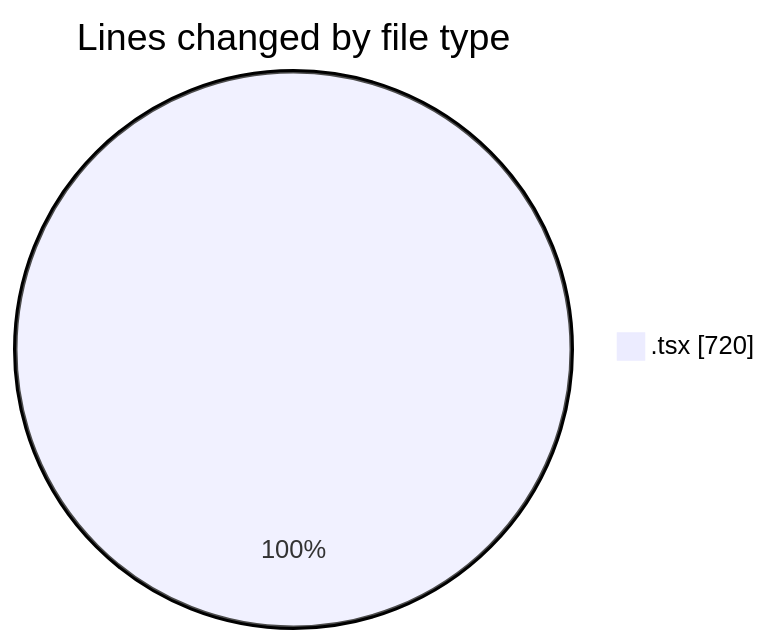
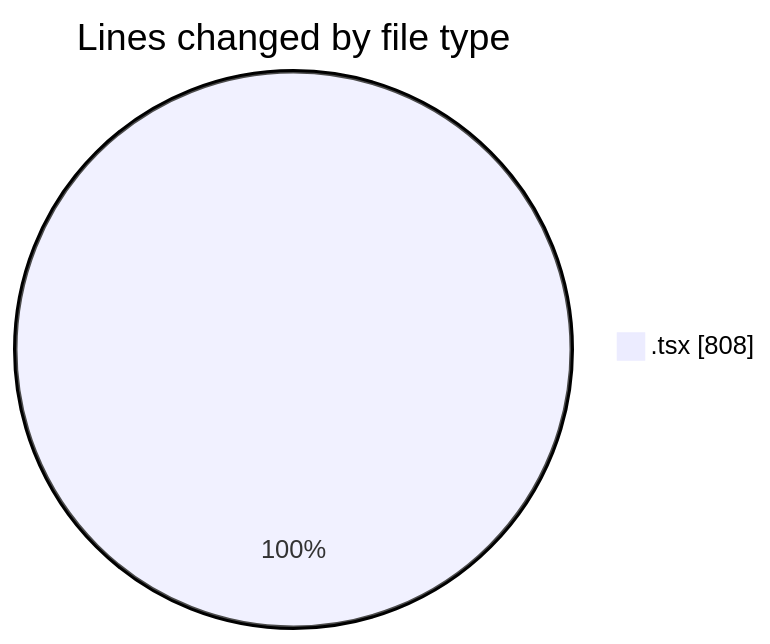
The first of 2 diagrams in 2026-05-19/nxtqube_webapp/README.md (nxtqubesakshisongat/code-tracking), drawn with Mermaid before and after one commit. The commit also changed other lines of this file and 1 other file, not shown here.

````diff
--- a/2026-05-19/nxtqube_webapp/README.md
+++ b/2026-05-19/nxtqube_webapp/README.md
@@ -22,5 +24,5 @@
 ```mermaid
 pie showData
 title Lines changed by file type
-".tsx" : 720
+".tsx" : 808
 ```
````
